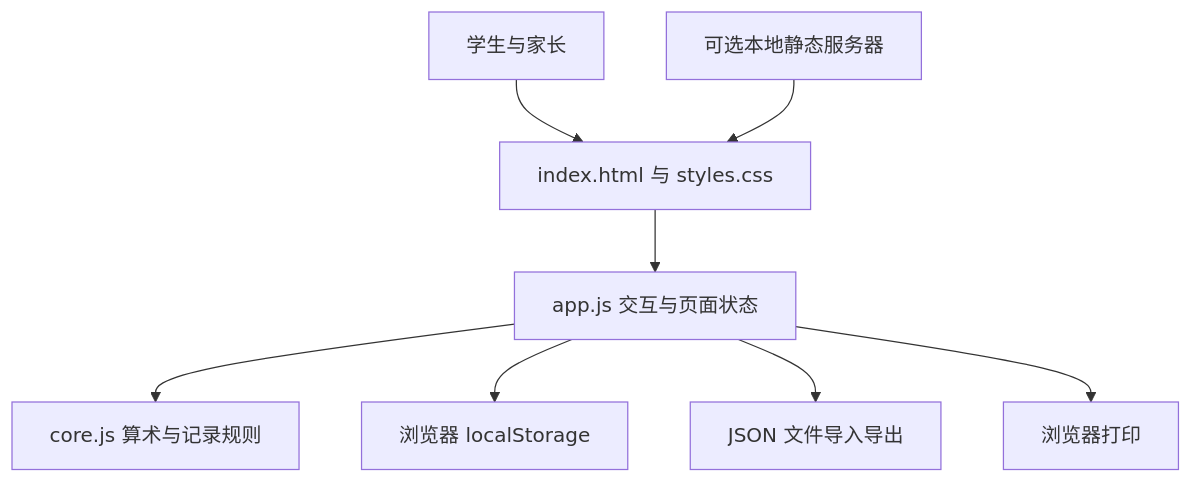
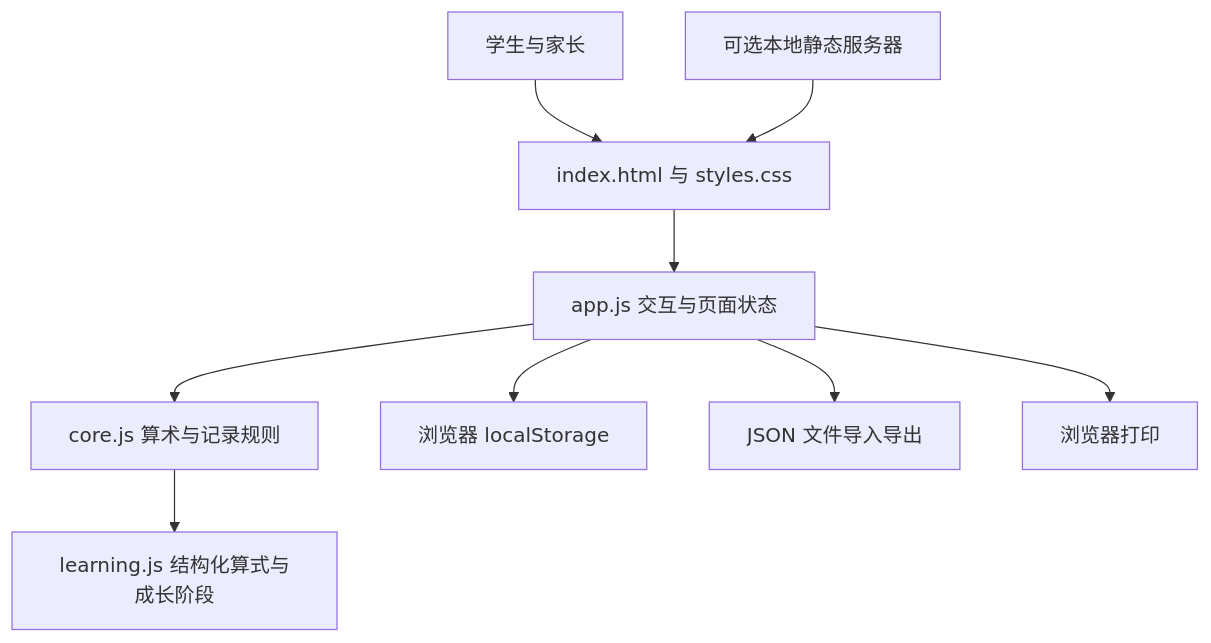
The first of 4 diagrams in savior/docs/design/architecture.md (Ortunate/SoftwareEngineering_2026), drawn with Mermaid before and after one commit. The commit also changed other lines of this file and 18 other files, not shown here.

````diff
--- a/savior/docs/design/architecture.md
+++ b/savior/docs/design/architecture.md
@@ -7,10 +7,11 @@
 ```mermaid
 flowchart TD
     User[学生与家长] --> UI[index.html 与 styles.css]
     UI --> App[app.js 交互与页面状态]
     App --> Core[core.js 算术与记录规则]
+    Core --> Learning[learning.js 结构化算式与成长阶段]
     App --> Storage[浏览器 localStorage]
     App --> Backup[JSON 文件导入导出]
     App --> Print[浏览器打印]
     Server[可选本地静态服务器] --> UI
 ```
````
